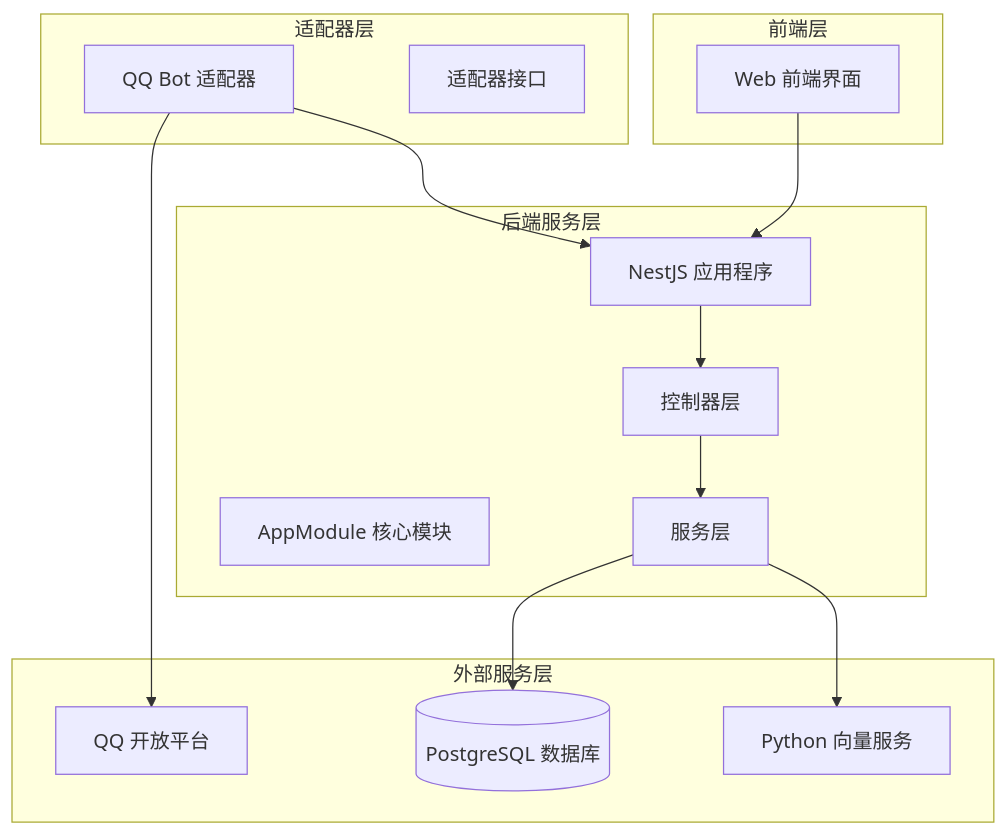
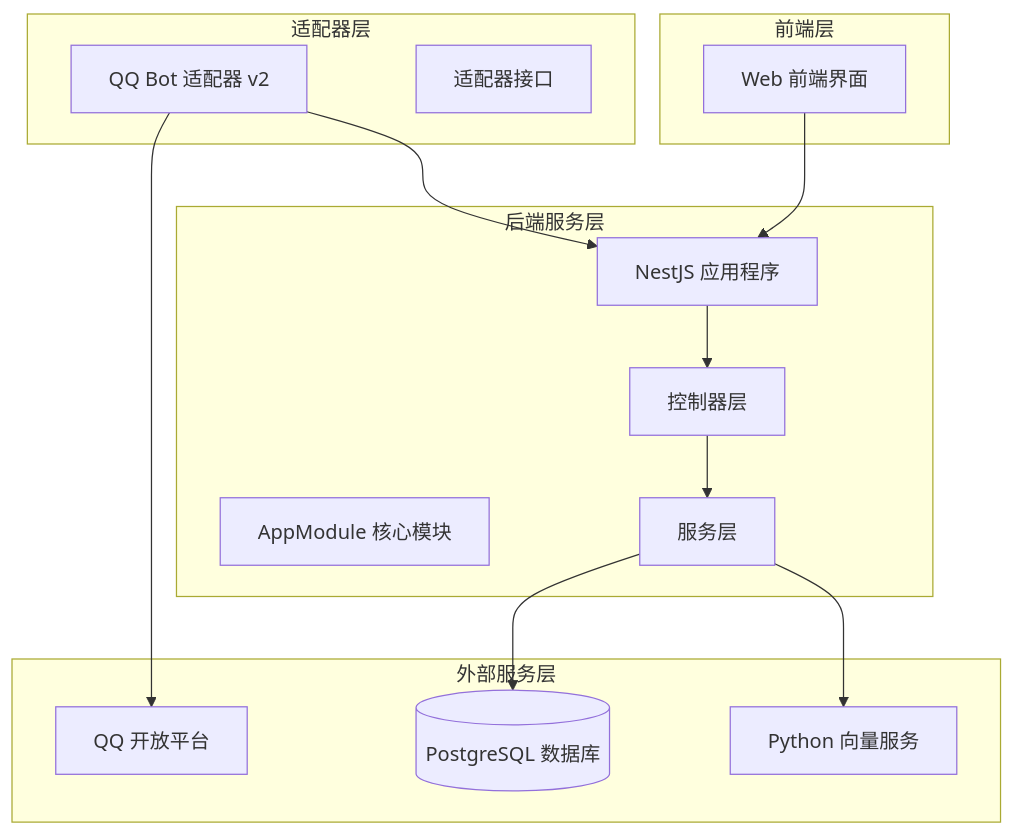
The first of 9 diagrams in .qoder/repowiki/zh/content/多平台适配器/QQ Bot 集成指南.md (L1mingyoung/ex), drawn with Mermaid before and after one commit. The commit also changed other lines of this file and 13 other files, not shown here.

````diff
--- a/.qoder/repowiki/zh/content/多平台适配器/QQ Bot 集成指南.md
+++ b/.qoder/repowiki/zh/content/多平台适配器/QQ Bot 集成指南.md
@@ -34,28 +44,28 @@
 ```mermaid
 graph TB
 subgraph "前端层"
 WebUI[Web 前端界面]
 end
 subgraph "后端服务层"
 Nest[NestJS 应用程序]
 AppModule[AppModule 核心模块]
 Controllers[控制器层]
 Services[服务层]
 end
 subgraph "适配器层"
-QQBot[QQ Bot 适配器]
+QQBot[QQ Bot 适配器 v2]
 Adapter[适配器接口]
 end
 subgraph "外部服务层"
 QQ[QQ 开放平台]
 Python[Python 向量服务]
 Database[(PostgreSQL 数据库)]
 end
 WebUI --> Nest
 QQBot --> QQ
 Nest --> Controllers
 Controllers --> Services
 Services --> Database
 Services --> Python
 QQBot --> Nest
 ```
````
